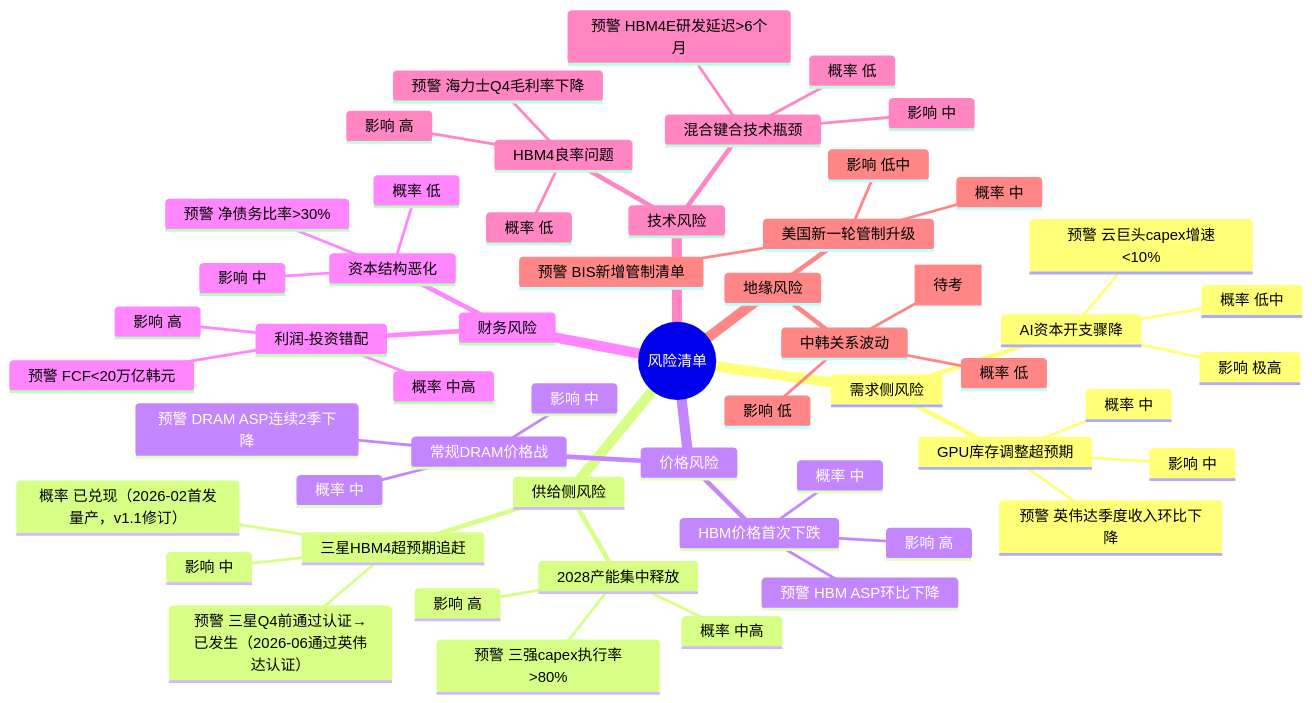
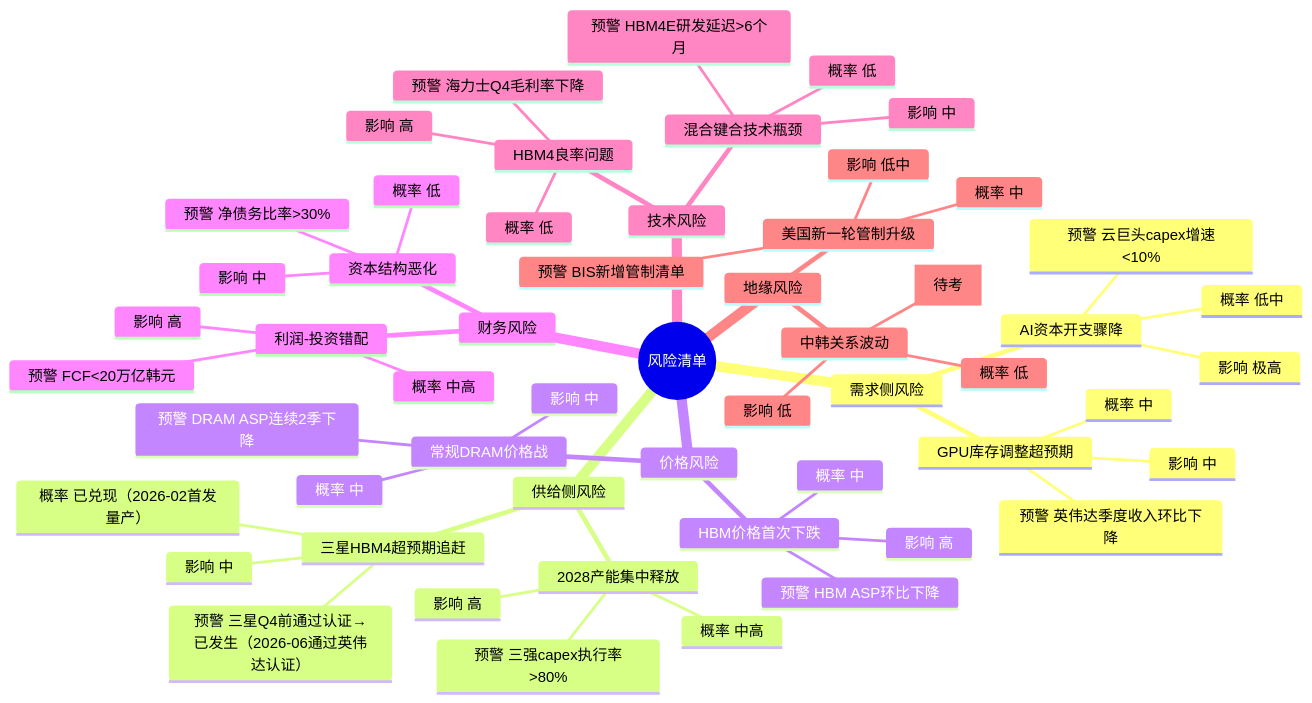
One commit to An0319/sk-hynix-hbm-cycle-performance-value-diagnosis-zh changed diagram 42 of 42 in SK_Hynix_HBM_Cycle_Performance_Value_Diagnosis-Simplified_Version-ZH.md. Above: the diagram before and after it, drawn with Mermaid. The commit also changed other lines of this file and 1 other file, not shown here.

````diff
--- a/SK_Hynix_HBM_Cycle_Performance_Value_Diagnosis-Simplified_Version-ZH.md
+++ b/SK_Hynix_HBM_Cycle_Performance_Value_Diagnosis-Simplified_Version-ZH.md
@@ -2241,58 +2228,58 @@
 ```mermaid
 mindmap
   root((风险清单))
     需求侧风险
       AI资本开支骤降
         概率 低中
         影响 极高
         预警 云巨头capex增速<10%
       GPU库存调整超预期
         概率 中
         影响 中
         预警 英伟达季度收入环比下降
     供给侧风险
       2028产能集中释放
         概率 中高
         影响 高
         预警 三强capex执行率>80%
       三星HBM4超预期追赶
-        概率 已兑现（2026-02首发量产，v1.1修订）
+        概率 已兑现（2026-02首发量产）
         影响 中
         预警 三星Q4前通过认证→已发生（2026-06通过英伟达认证）
     价格风险
       HBM价格首次下跌
         概率 中
         影响 高
         预警 HBM ASP环比下降
       常规DRAM价格战
         概率 中
         影响 中
         预警 DRAM ASP连续2季下降
     财务风险
       利润-投资错配
         概率 中高
         影响 高
         预警 FCF<20万亿韩元
       资本结构恶化
         概率 低
         影响 中
         预警 净债务比率>30%
     技术风险
       HBM4良率问题
         概率 低
         影响 高
         预警 海力士Q4毛利率下降
       混合键合技术瓶颈
         概率 低
         影响 中
         预警 HBM4E研发延迟>6个月
     地缘风险
       美国新一轮管制升级
         概率 中
         影响 低中
         预警 BIS新增管制清单
       中韩关系波动
         概率 低
         影响 低
         预警 [待考]
 ```
````
